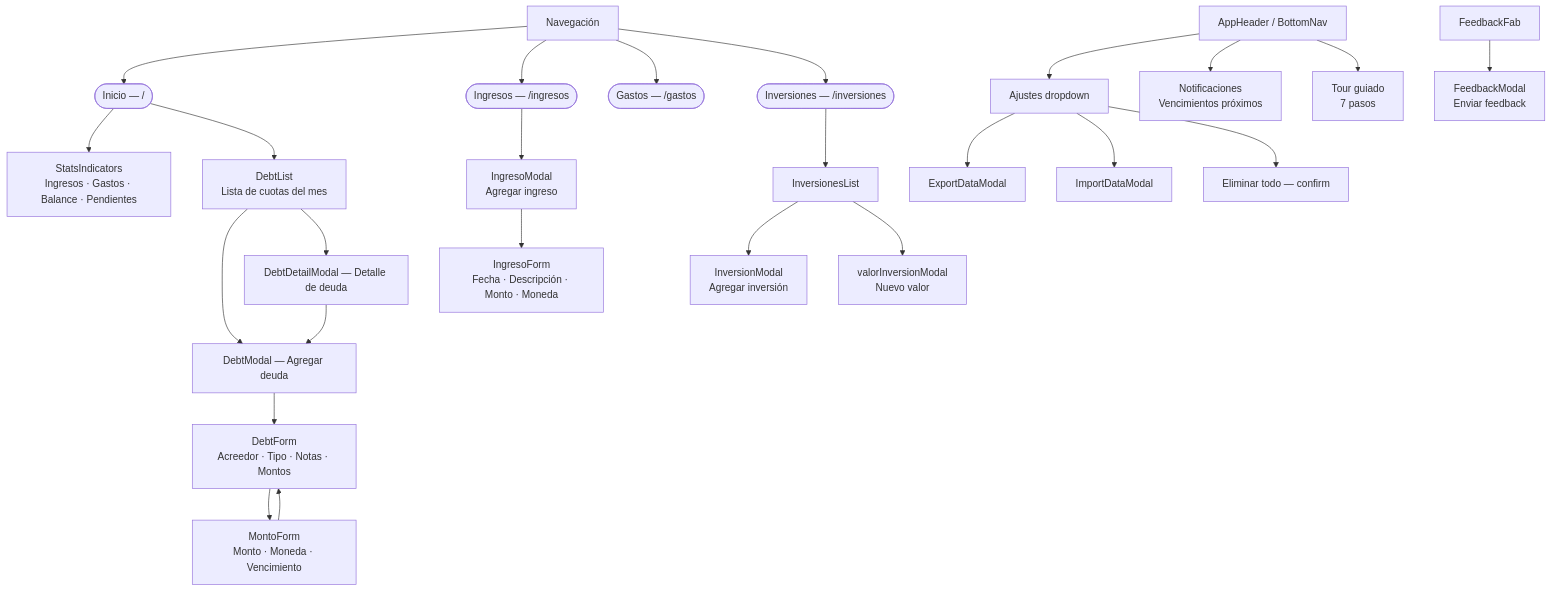
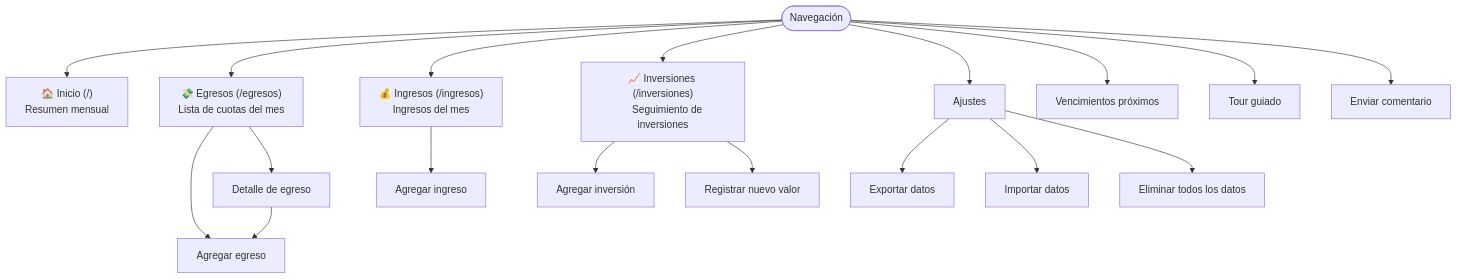
The diagram in docs/wiki/02-Relevamiento.md (rochafederico/deudas-app), drawn with Mermaid before and after one commit. The commit also changed other lines of this file, not shown here.

Commit message:
docs: simplificar mapa del sitio en 02-Relevamiento — solo páginas y acciones, sin nombres de componentes
Agent-Logs-Url: https://github.com/rochafederico/deudas-app/sessions/41ad40e3-8511-4955-af51-2fc693d4ffb4

````diff
--- a/docs/wiki/02-Relevamiento.md
+++ b/docs/wiki/02-Relevamiento.md
@@ -11,33 +11,34 @@
 ```mermaid
 flowchart TD
-    A([Inicio — /]) --> B[StatsIndicators\nIngresos · Gastos · Balance · Pendientes]
-    A --> C[DebtList\nLista de cuotas del mes]
-    C --> D[DebtModal — Agregar deuda]
-    C --> E[DebtDetailModal — Detalle de deuda]
-    E --> D
-    D --> F[DebtForm\nAcreedor · Tipo · Notas · Montos]
-    F --> G[MontoForm\nMonto · Moneda · Vencimiento]
-    G --> F
+    NAV([Navegación]) --> A
+    NAV --> B
+    NAV --> C
+    NAV --> D
 
-    NAV[Navegación] --> A
-    NAV --> H([Ingresos — /ingresos])
-    NAV --> I([Gastos — /gastos])
-    NAV --> J([Inversiones — /inversiones])
+    A["🏠 Inicio (/)
+    Resumen mensual"]
+    B["💸 Egresos (/egresos)
+    Lista de cuotas del mes"]
+    C["💰 Ingresos (/ingresos)
+    Ingresos del mes"]
+    D["📈 Inversiones (/inversiones)
+    Seguimiento de inversiones"]
 
-    H --> K[IngresoModal\nAgregar ingreso]
-    K --> L[IngresoForm\nFecha · Descripción · Monto · Moneda]
+    B --> B1[Agregar egreso]
+    B --> B2[Detalle de egreso]
+    B2 --> B1
 
-    J --> M[InversionesList]
-    M --> N[InversionModal\nAgregar inversión]
-    M --> O[valorInversionModal\nNuevo valor]
+    C --> C1[Agregar ingreso]
 
-    HEADER[AppHeader / BottomNav] --> P[Ajustes dropdown]
-    P --> Q[ExportDataModal]
-    P --> R[ImportDataModal]
-    P --> S[Eliminar todo — confirm]
+    D --> D1[Agregar inversión]
+    D --> D2[Registrar nuevo valor]
 
-    HEADER --> T[Notificaciones\nVencimientos próximos]
-    HEADER --> U[Tour guiado\n7 pasos]
+    NAV --> E[Ajustes]
+    E --> E1[Exportar datos]
+    E --> E2[Importar datos]
+    E --> E3[Eliminar todos los datos]
 
-    FAB[FeedbackFab] --> V[FeedbackModal\nEnviar feedback]
+    NAV --> F[Vencimientos próximos]
+    NAV --> G[Tour guiado]
+    NAV --> H[Enviar comentario]
 ```
````
